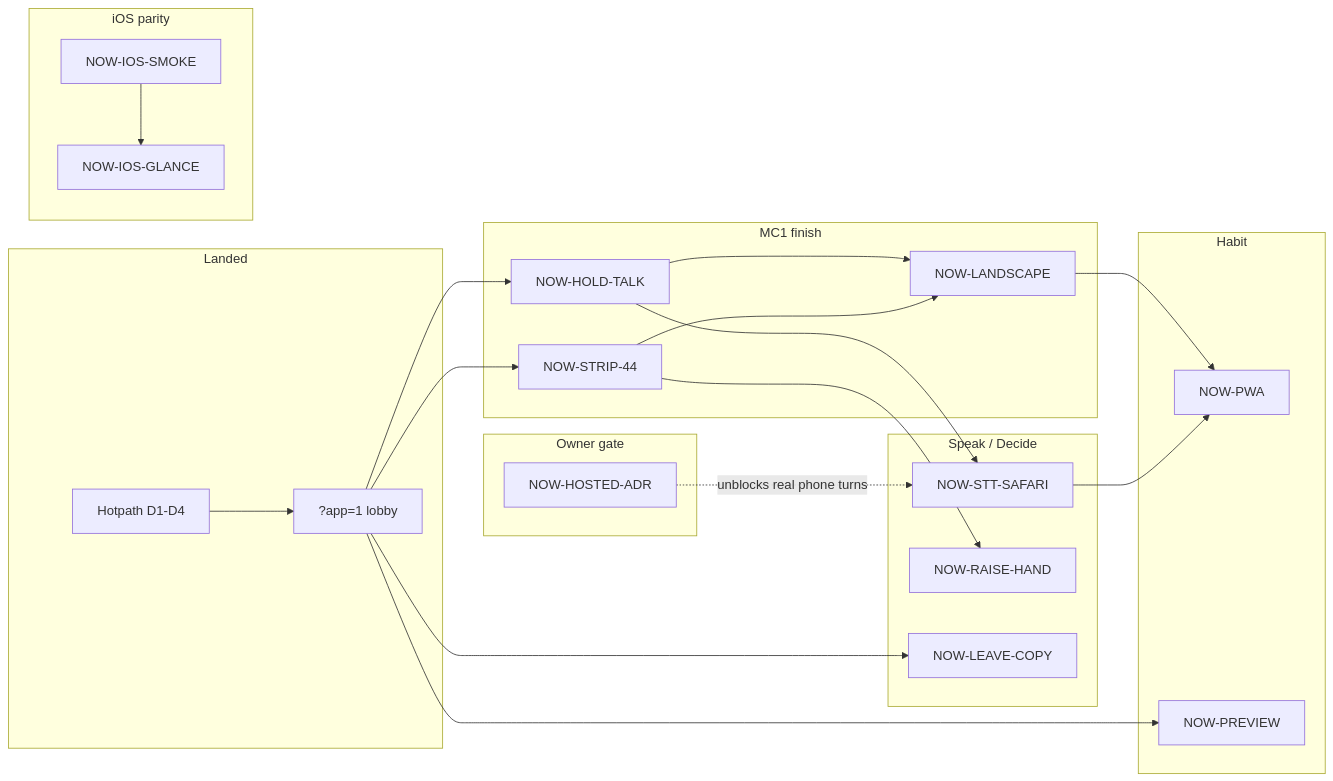
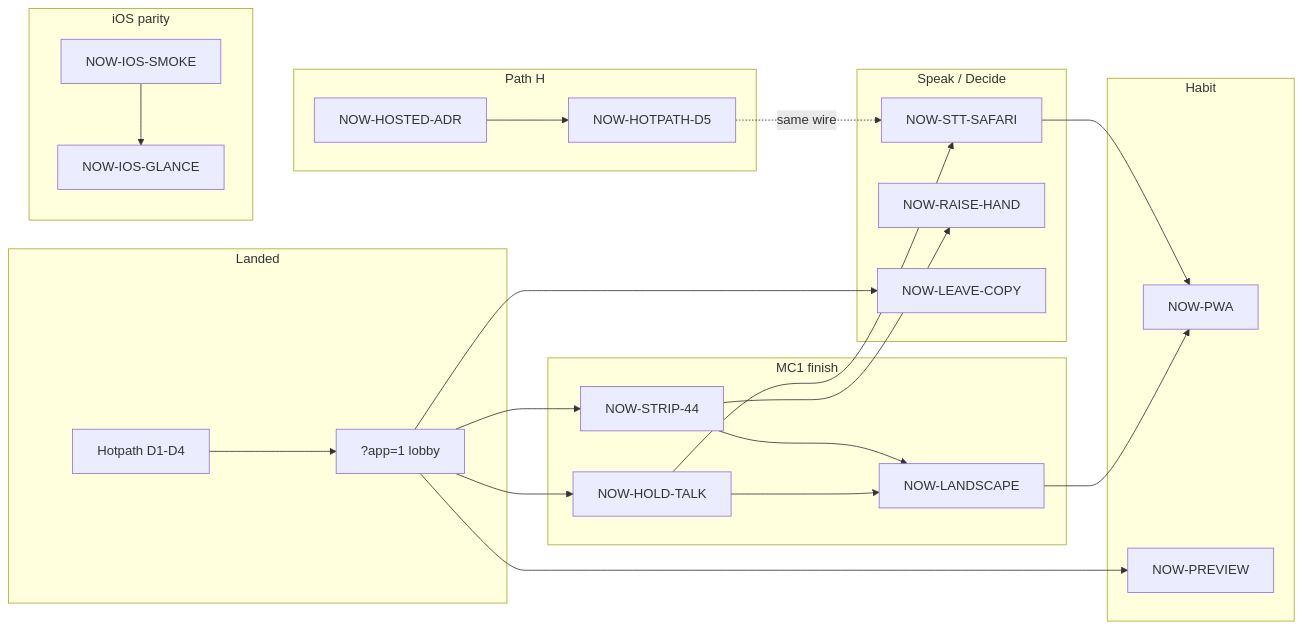
The diagram in docs/drivecode/plans/cline-drivemode/initiatives/portfolio-now/README.md (hhalperin/cline-drivecode), drawn with Mermaid before and after one commit. The commit also changed other lines of this file and 10 other files, not shown here.

First line of the commit message:
docs(drive): accept path H and consumer owner defaults

````diff
--- a/docs/drivecode/plans/cline-drivemode/initiatives/portfolio-now/README.md
+++ b/docs/drivecode/plans/cline-drivemode/initiatives/portfolio-now/README.md
@@ -39,41 +40,43 @@
 ```mermaid
 flowchart LR
   subgraph done [Landed]
     HP14[Hotpath D1-D4]
     APP1["?app=1 lobby"]
   end
   subgraph mc1 [MC1 finish]
     HTT[NOW-HOLD-TALK]
     STRIP[NOW-STRIP-44]
     LAND[NOW-LANDSCAPE]
   end
   subgraph speak [Speak / Decide]
     STT[NOW-STT-SAFARI]
     HAND[NOW-RAISE-HAND]
     LEAVE[NOW-LEAVE-COPY]
   end
   subgraph habit [Habit]
     PWA[NOW-PWA]
     PREV[NOW-PREVIEW]
   end
   subgraph ios [iOS parity]
     B01[NOW-IOS-SMOKE]
     B02[NOW-IOS-GLANCE]
   end
-  subgraph blocked [Owner gate]
+  subgraph cloud [Path H]
     H5[NOW-HOSTED-ADR]
+    D5[NOW-HOTPATH-D5]
   end
   HP14 --> APP1
   APP1 --> HTT
   APP1 --> STRIP
   HTT --> LAND
   STRIP --> LAND
   HTT --> STT
   STRIP --> HAND
   APP1 --> LEAVE
   LAND --> PWA
   STT --> PWA
   APP1 --> PREV
   B01 --> B02
-  H5 -.->|unblocks real phone turns| STT
+  H5 --> D5
+  D5 -.->|same wire| STT
 ```
````
